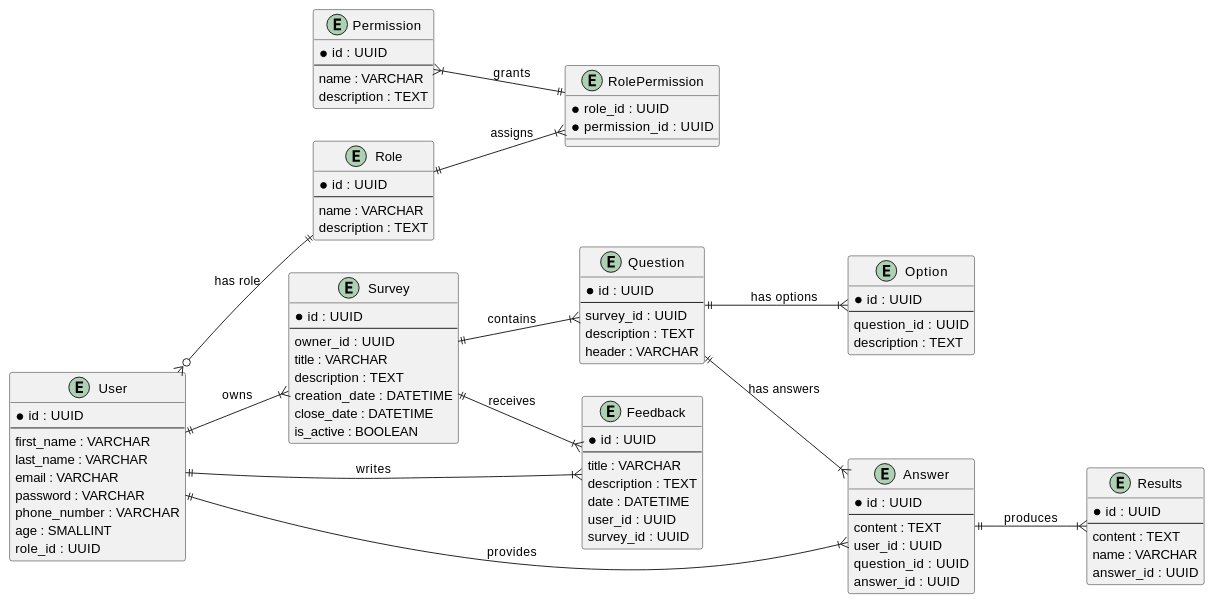
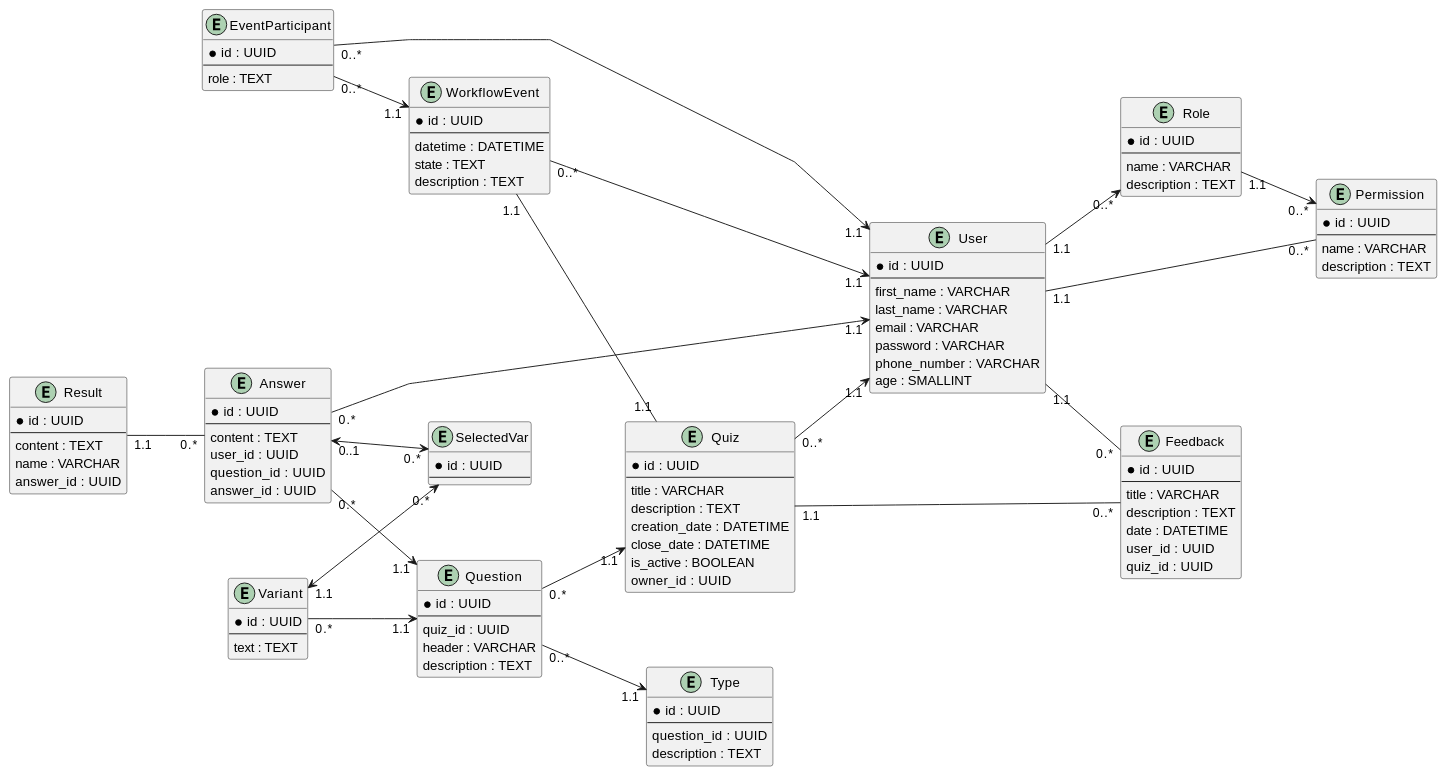
Before and after one commit to sunnytea0/db_labs_my: the diagram in docs/design/README.md, drawn with PlantUML.

Commit message:
# 47: was added new id classes and changes our ER model
was added new id classes and changes our ER model

```diff
--- a/docs/design/README.md
+++ b/docs/design/README.md
@@ -22,6 +22,22 @@
 @startuml
+left to right direction
+skinparam linetype polyline
+skinparam nodesep 80
+skinparam ranksep 80
 
-left to right direction
+entity EventParticipant {
+    * id : UUID
+    --
+    role : TEXT
+}
+
+entity WorkflowEvent {
+    * id : UUID
+    --
+    datetime : DATETIME
+    state : TEXT
+    description : TEXT
+}
 
 entity User {
     * id : UUID
@@ -32,7 +48,6 @@
     password : VARCHAR
     phone_number : VARCHAR
     age : SMALLINT
-    role_id : UUID
 }
 
 entity Role {
@@ -49,35 +64,51 @@
     description : TEXT
 }
 
-entity RolePermission {
-    * role_id : UUID
-    * permission_id : UUID
-}
-
-entity Survey {
+entity Quiz {
     * id : UUID
     --
-    owner_id : UUID
     title : VARCHAR
     description : TEXT
     creation_date : DATETIME
     close_date : DATETIME
     is_active : BOOLEAN
+    owner_id : UUID
+}
+
+entity Feedback {
+    * id : UUID
+    --
+    title : VARCHAR
+    description : TEXT
+    date : DATETIME
+    user_id : UUID
+    quiz_id : UUID
 }
 
 entity Question {
     * id : UUID
     --
-    survey_id : UUID
+    quiz_id : UUID
+    header : VARCHAR
     description : TEXT
-    header : VARCHAR
 }
 
-entity Option {
+entity Type {
     * id : UUID
     --
     question_id : UUID
     description : TEXT
+}
+
+entity Variant {
+    * id : UUID
+    --
+    text : TEXT
+}
+
+entity SelectedVar {
+    * id : UUID
+    --
 }
 
 entity Answer {
@@ -89,7 +120,7 @@
     answer_id : UUID
 }
 
-entity Results {
+entity Result {
     * id : UUID
     --
     content : TEXT
@@ -97,29 +128,31 @@
     answer_id : UUID
 }
 
-entity Feedback {
-    * id : UUID
-    --
-    title : VARCHAR
-    description : TEXT
-    date : DATETIME
-    user_id : UUID
-    survey_id : UUID
-}
+EventParticipant "0..*" --> "1.1" WorkflowEvent
+EventParticipant "0..*" --> "1.1" User
 
-User }o--|| Role : "has role"
-Role ||--|{ RolePermission : "assigns"
-Permission }|--|| RolePermission : "grants"
+WorkflowEvent "0..*" --> "1.1" User
+WorkflowEvent "1.1" -- "1.1" Quiz
 
-User ||--|{ Survey : "owns"
-Survey ||--|{ Question : "contains"
-Question ||--|{ Option : "has options"
+User "1.1" --> "0..*" Role
+User "1.1" -- "0.*" Feedback
 
-User ||--|{ Answer : "provides"
-Question ||--|{ Answer : "has answers"
-Answer ||--|{ Results : "produces"
+Permission "0..*" -- "1.1" User
+Role "1.1" --> "0..*" Permission
 
-User ||--|{ Feedback : "writes"
-Survey ||--|{ Feedback : "receives"
+Quiz "1.1" -- "0..*" Feedback
+Quiz "0..*" --> "1.1" User
+
+Question "0.*" --> "1.1" Quiz  
+Question "0..*" --> "1.1" Type
+
+Variant "0.*" --> "1.1" Question
+Variant "1.1" <--> "0.*" SelectedVar
+
+Answer "0.*" --> "1.1" User
+Answer "0.*" --> "1.1" Question
+Answer "0..1" <--> "0.*" SelectedVar
+
+Result "1.1" -- "0.*" Answer
 
 @enduml
```
